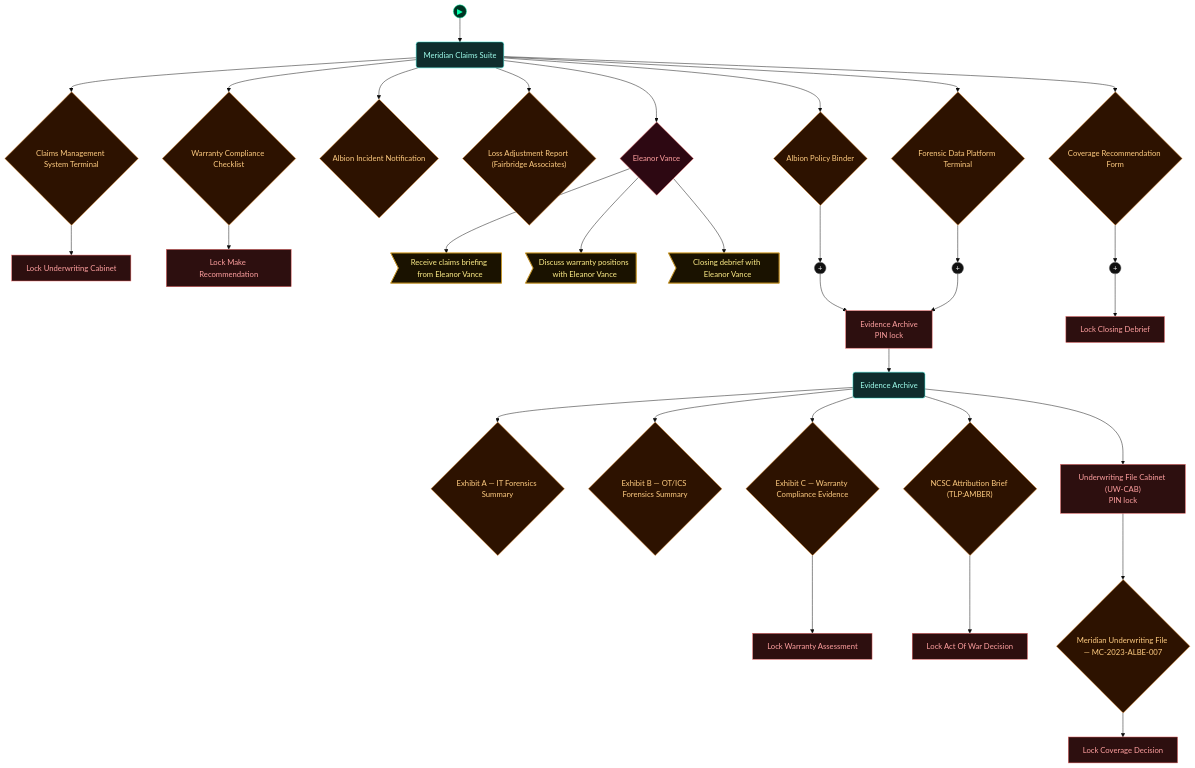
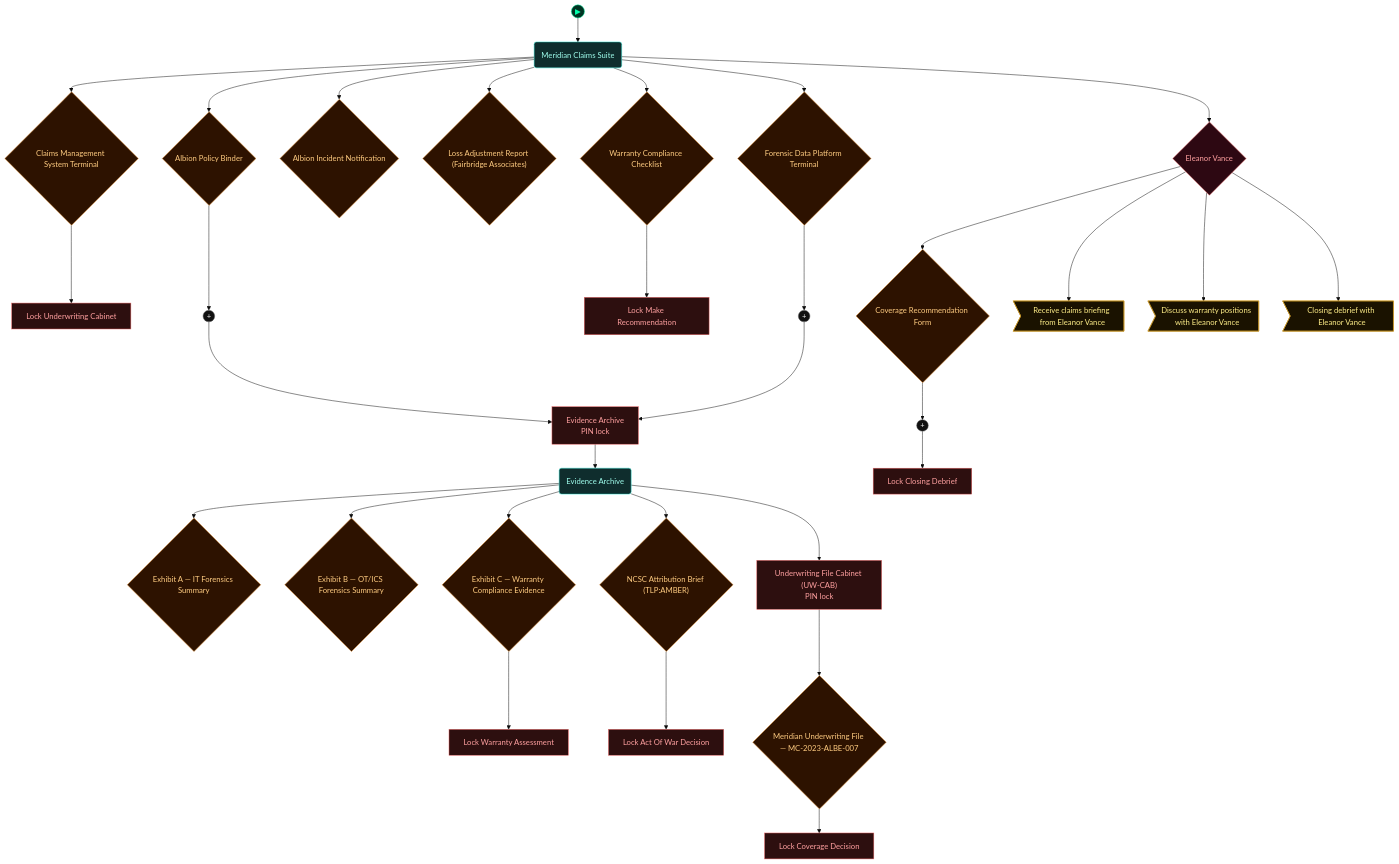
The first of 5 diagrams in scenarios/sis03_cyber_insurance/dungeon_graph.md (cliffe/BreakEscape), drawn with Mermaid (base theme) before and after one commit. The commit also changed other lines of this file and 7 other files, not shown here.

```diff
--- a/scenarios/sis03_cyber_insurance/dungeon_graph.md
+++ b/scenarios/sis03_cyber_insurance/dungeon_graph.md
@@ -77,11 +77,11 @@
   albion_policy_binder{"Albion Policy Binder"}
   albion_incident_notification{"Albion Incident Notification"}
   loss_adjustment_report_fairbridge_associates{"Loss Adjustment Report (Fairbridge Associates)"}
-  coverage_recommendation_form{"Coverage Recommendation Form"}
   warranty_compliance_checklist{"Warranty Compliance Checklist"}
   lock_lock_make_recommendation["Lock Make Recommendation"]
   forensic_data_platform_terminal{"Forensic Data Platform Terminal"}
   npc_eleanor_vance{"Eleanor Vance"}
+  coverage_recommendation_form{"Coverage Recommendation Form"}
   action_receive_claim_briefing>"Receive claims briefing from Eleanor Vance"]
   action_discuss_warranty_positions>"Discuss warranty positions with Eleanor Vance"]
   action_closing_debrief_with_eleanor>"Closing debrief with Eleanor Vance"]
@@ -96,8 +96,8 @@
   lock_lock_coverage_decision["Lock Coverage Decision"]
   andgate1((" + "))
   andgate2((" + "))
+  andgate3((" + "))
   lock_lock_closing_debrief["Lock Closing Debrief"]
-  andgate3((" + "))
 
   door_meridian_evidence_archive --> meridian_evidence_archive
   meridian_claims_suite --> claims_management_system_terminal
@@ -105,11 +105,11 @@
   meridian_claims_suite --> albion_policy_binder
   meridian_claims_suite --> albion_incident_notification
   meridian_claims_suite --> loss_adjustment_report_fairbridge_associates
-  meridian_claims_suite --> coverage_recommendation_form
   meridian_claims_suite --> warranty_compliance_checklist
   warranty_compliance_checklist --> lock_lock_make_recommendation
   meridian_claims_suite --> forensic_data_platform_terminal
   meridian_claims_suite --> npc_eleanor_vance
+  npc_eleanor_vance --> coverage_recommendation_form
   npc_eleanor_vance --> action_receive_claim_briefing
   npc_eleanor_vance --> action_discuss_warranty_positions
   npc_eleanor_vance --> action_closing_debrief_with_eleanor
@@ -124,14 +124,14 @@
   meridian_underwriting_file_mc_2023_albe_007 --> lock_lock_coverage_decision
   andgate1 --> door_meridian_evidence_archive
   albion_policy_binder --> andgate1
-  andgate2 --> lock_lock_closing_debrief
-  coverage_recommendation_form --> andgate2
-  andgate3 --> door_meridian_evidence_archive
-  forensic_data_platform_terminal --> andgate3
+  andgate2 --> door_meridian_evidence_archive
+  forensic_data_platform_terminal --> andgate2
+  andgate3 --> lock_lock_closing_debrief
+  coverage_recommendation_form --> andgate3
 
   class door_meridian_evidence_archive,lock_lock_underwriting_cabinet,lock_lock_make_recommendation,lock_lock_warranty_assessment,lock_lock_act_of_war_decision,lock_underwriting_cabinet,lock_lock_coverage_decision,lock_lock_closing_debrief lock
   class meridian_evidence_archive,meridian_claims_suite room
-  class claims_management_system_terminal,albion_policy_binder,albion_incident_notification,loss_adjustment_report_fairbridge_associates,coverage_recommendation_form,warranty_compliance_checklist,forensic_data_platform_terminal,exhibit_a_it_forensics_summary,exhibit_b_ot_ics_forensics_summary,exhibit_c_warranty_compliance_evidence,ncsc_attribution_brief_tlp_amber,meridian_underwriting_file_mc_2023_albe_007 item
+  class claims_management_system_terminal,albion_policy_binder,albion_incident_notification,loss_adjustment_report_fairbridge_associates,warranty_compliance_checklist,forensic_data_platform_terminal,coverage_recommendation_form,exhibit_a_it_forensics_summary,exhibit_b_ot_ics_forensics_summary,exhibit_c_warranty_compliance_evidence,ncsc_attribution_brief_tlp_amber,meridian_underwriting_file_mc_2023_albe_007 item
   class npc_eleanor_vance key
   class action_receive_claim_briefing,action_discuss_warranty_positions,action_closing_debrief_with_eleanor action
   class andgate1,andgate2,andgate3 gate
```
